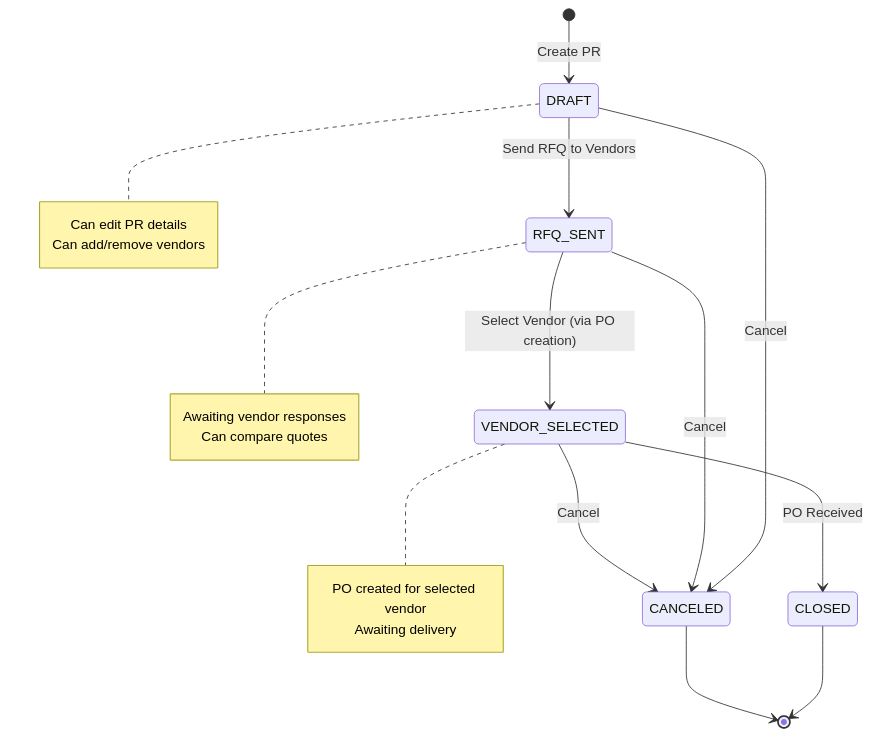
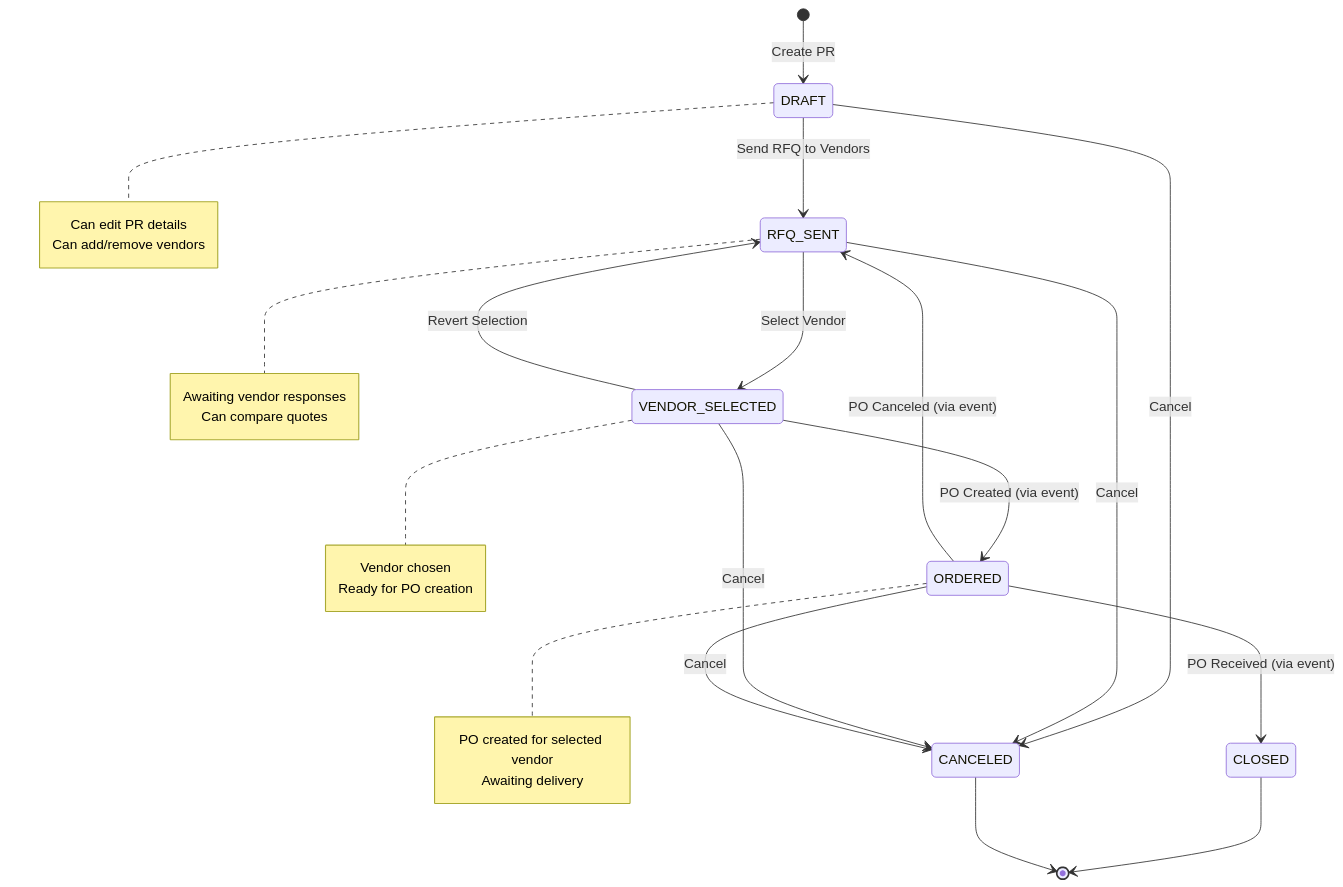
Before and after one commit to donghwunline/wellkorea-erp: the third of 10 diagrams in docs/architecture/purchasing-domain.md, drawn with Mermaid. The commit also changed other lines of this file and 13 other files, not shown here.

````diff
--- a/docs/architecture/purchasing-domain.md
+++ b/docs/architecture/purchasing-domain.md
@@ -207,31 +207,41 @@
 ```mermaid
 stateDiagram-v2
     [*] --> DRAFT : Create PR
 
     DRAFT --> RFQ_SENT : Send RFQ to Vendors
     DRAFT --> CANCELED : Cancel
 
-    RFQ_SENT --> VENDOR_SELECTED : Select Vendor (via PO creation)
+    RFQ_SENT --> VENDOR_SELECTED : Select Vendor
     RFQ_SENT --> CANCELED : Cancel
 
-    VENDOR_SELECTED --> CLOSED : PO Received
+    VENDOR_SELECTED --> ORDERED : PO Created (via event)
+    VENDOR_SELECTED --> RFQ_SENT : Revert Selection
     VENDOR_SELECTED --> CANCELED : Cancel
+
+    ORDERED --> CLOSED : PO Received (via event)
+    ORDERED --> RFQ_SENT : PO Canceled (via event)
+    ORDERED --> CANCELED : Cancel
 
     CLOSED --> [*]
     CANCELED --> [*]
 
     note right of DRAFT
         Can edit PR details
         Can add/remove vendors
     end note
 
     note right of RFQ_SENT
         Awaiting vendor responses
         Can compare quotes
     end note
 
     note right of VENDOR_SELECTED
+        Vendor chosen
+        Ready for PO creation
+    end note
+
+    note right of ORDERED
         PO created for selected vendor
         Awaiting delivery
     end note
 ```
````
